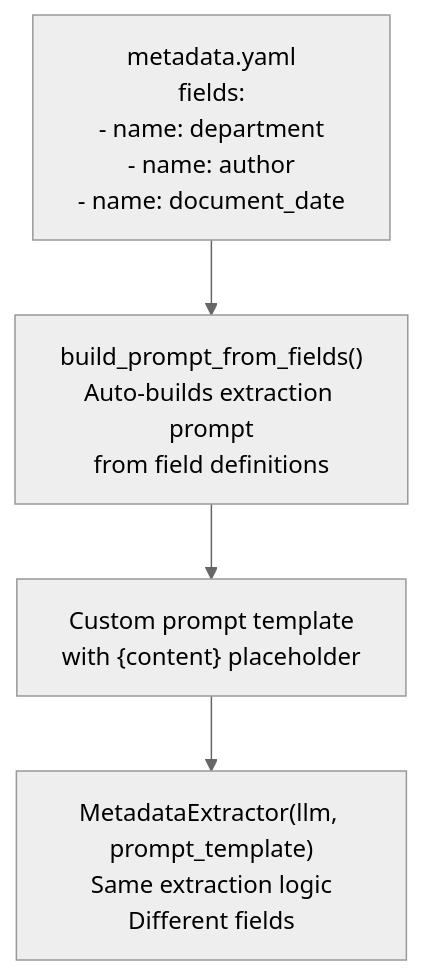
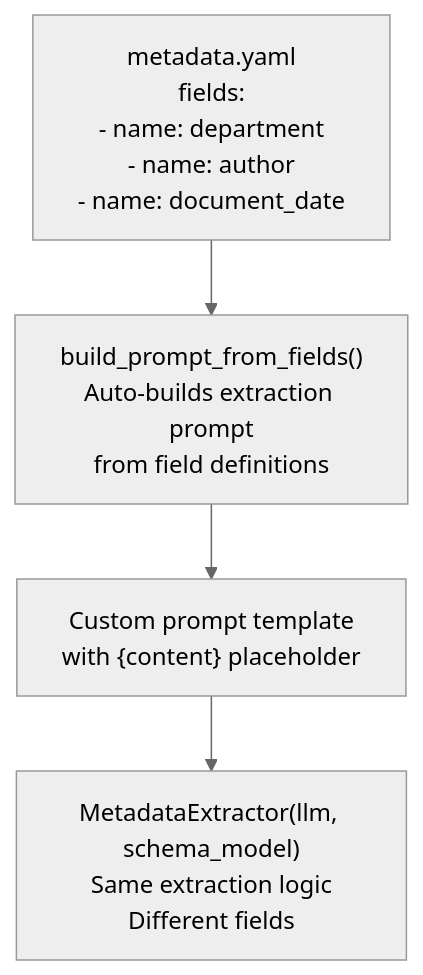
The fourth of 4 diagrams in docs/architecture/metadata_extraction.md (laxmimerit/RAGWire), drawn with Mermaid (neutral theme) before and after one commit. The commit also changed 5 other files, not shown here.

Commit message:
schema extraction with pydantic base model

````diff
--- a/docs/architecture/metadata_extraction.md
+++ b/docs/architecture/metadata_extraction.md
@@ -115,10 +115,10 @@
 ```mermaid
 flowchart TD
     YAML["metadata.yaml\nfields:\n  - name: department\n  - name: author\n  - name: document_date"]
 
     YAML --> BP["build_prompt_from_fields()\nAuto-builds extraction prompt\nfrom field definitions"]
 
     BP --> PT["Custom prompt template\nwith {content} placeholder"]
 
-    PT --> ME["MetadataExtractor(llm, prompt_template)\nSame extraction logic\nDifferent fields"]
+    PT --> ME["MetadataExtractor(llm, schema_model)\nSame extraction logic\nDifferent fields"]
 ```
````
